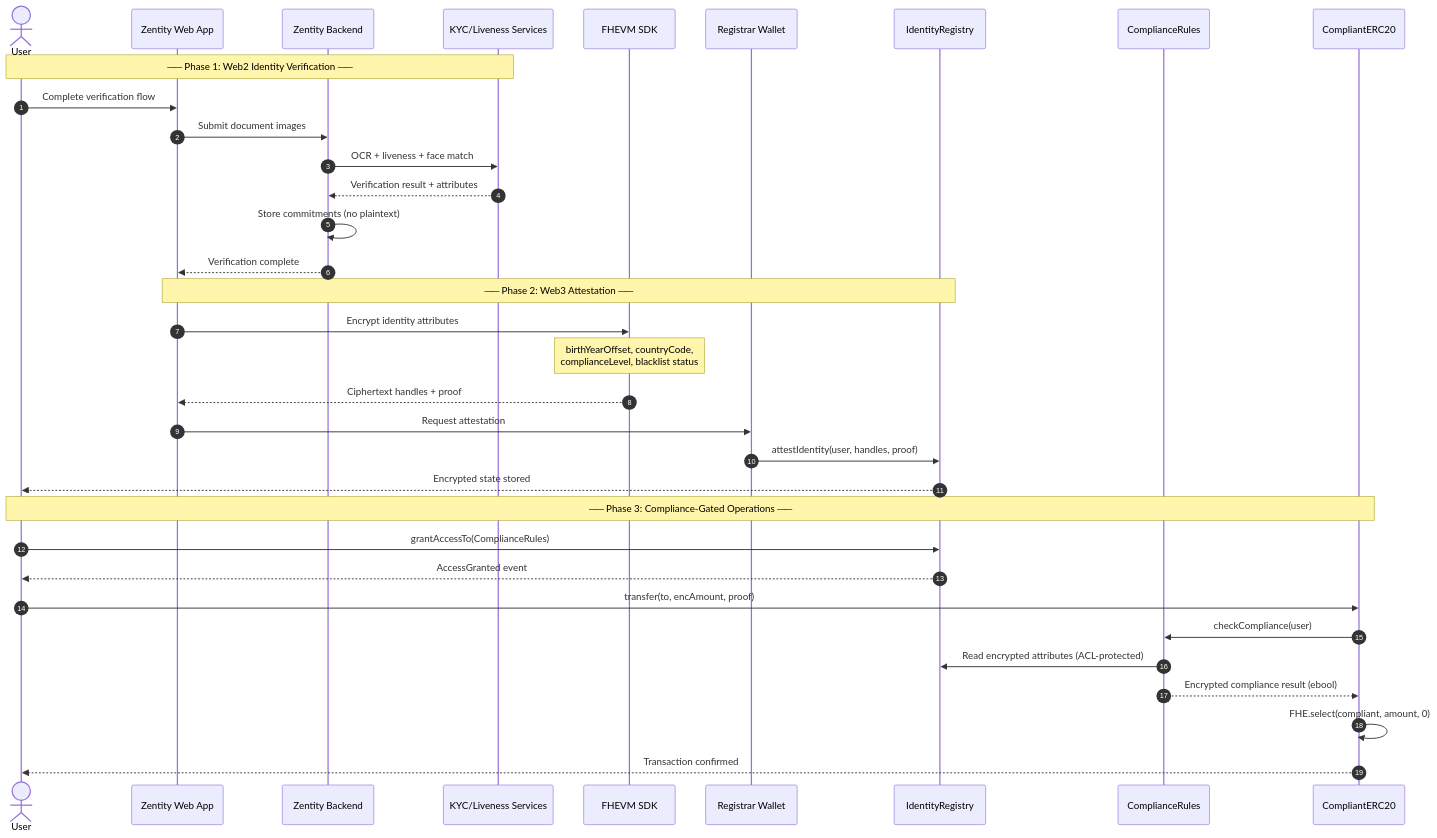
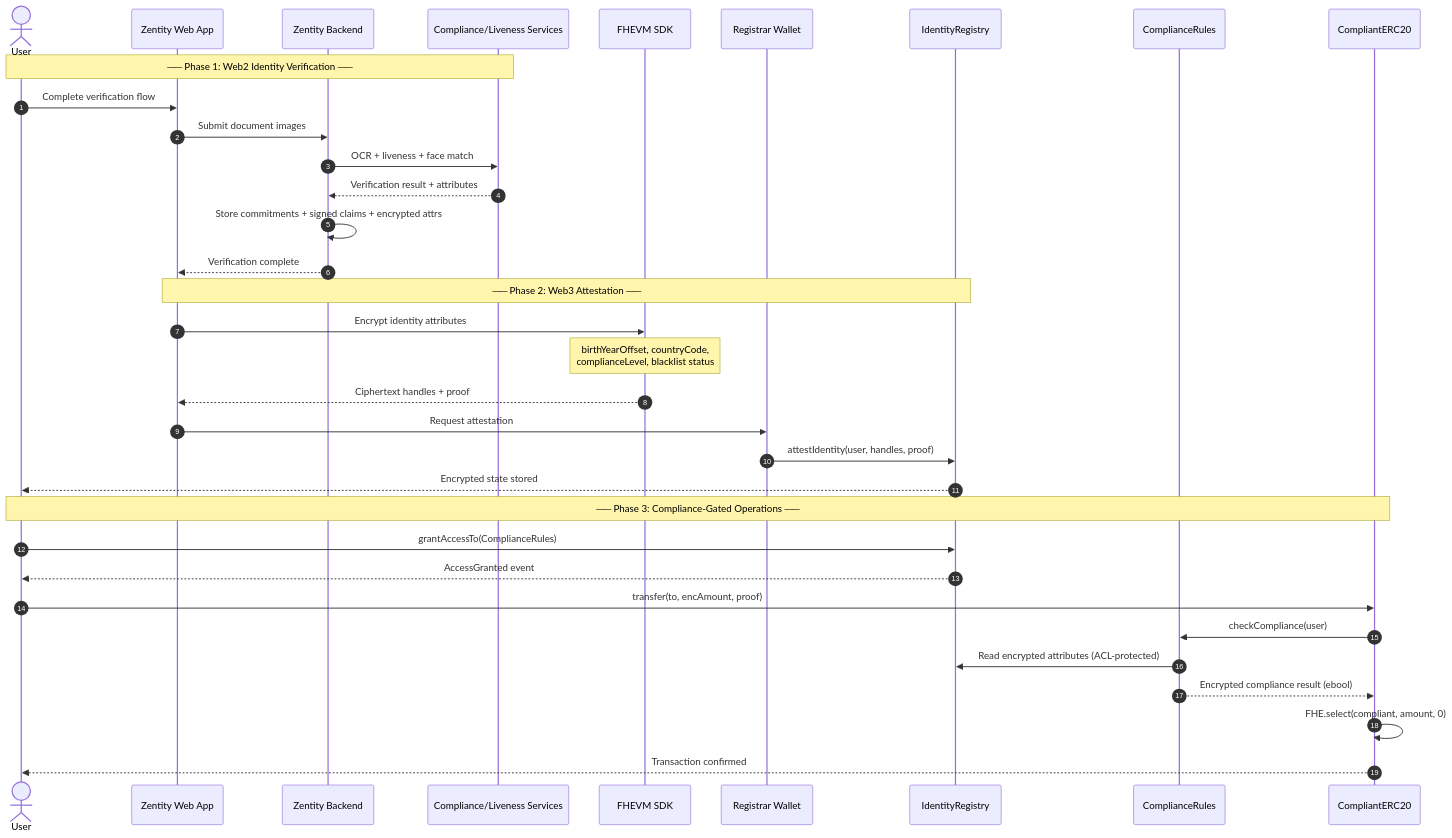
One commit to gustavovalverde/zentity changed the first of 5 diagrams in docs/web2-to-web3-transition.md. Above: the diagram before and after it, drawn with Mermaid. The commit also changed other lines of this file and 116 other files, not shown here.

First line of the commit message:
feat(architecture): refactor zk/fhe attestation pipeline

````diff
--- a/docs/web2-to-web3-transition.md
+++ b/docs/web2-to-web3-transition.md
@@ -40,40 +54,40 @@
 ```mermaid
 sequenceDiagram
     autonumber
     actor User
     participant UI as Zentity Web App
     participant BE as Zentity Backend
-    participant Verifier as KYC/Liveness Services
+    participant Verifier as Compliance/Liveness Services
     participant SDK as FHEVM SDK
     participant Registrar as Registrar Wallet
     participant IR as IdentityRegistry
     participant CR as ComplianceRules
     participant ERC as CompliantERC20
 
     Note over User,Verifier: ── Phase 1: Web2 Identity Verification ──
     User->>UI: Complete verification flow
     UI->>BE: Submit document images
     BE->>Verifier: OCR + liveness + face match
     Verifier-->>BE: Verification result + attributes
-    BE->>BE: Store commitments (no plaintext)
+    BE->>BE: Store commitments + signed claims + encrypted attrs
     BE-->>UI: Verification complete
 
     Note over UI,IR: ── Phase 2: Web3 Attestation ──
     UI->>SDK: Encrypt identity attributes
     Note over SDK: birthYearOffset, countryCode,<br/>complianceLevel, blacklist status
     SDK-->>UI: Ciphertext handles + proof
     UI->>Registrar: Request attestation
     Registrar->>IR: attestIdentity(user, handles, proof)
     IR-->>User: Encrypted state stored
 
     Note over User,ERC: ── Phase 3: Compliance-Gated Operations ──
     User->>IR: grantAccessTo(ComplianceRules)
     IR-->>User: AccessGranted event
 
     User->>ERC: transfer(to, encAmount, proof)
     ERC->>CR: checkCompliance(user)
     CR->>IR: Read encrypted attributes (ACL-protected)
     CR-->>ERC: Encrypted compliance result (ebool)
     ERC->>ERC: FHE.select(compliant, amount, 0)
     ERC-->>User: Transaction confirmed
 ```
````
